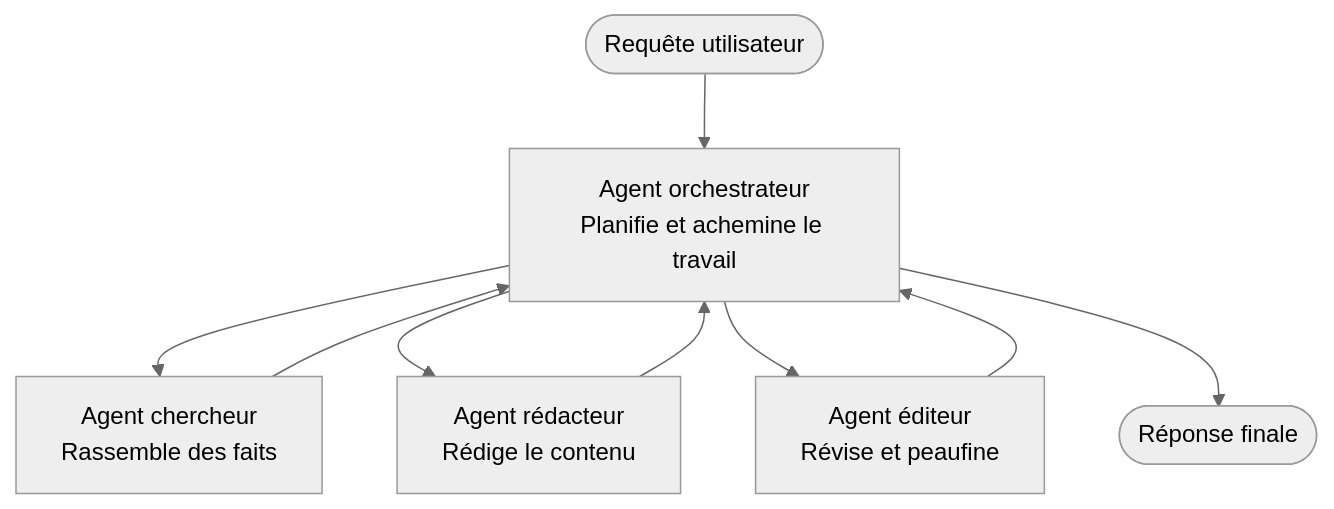
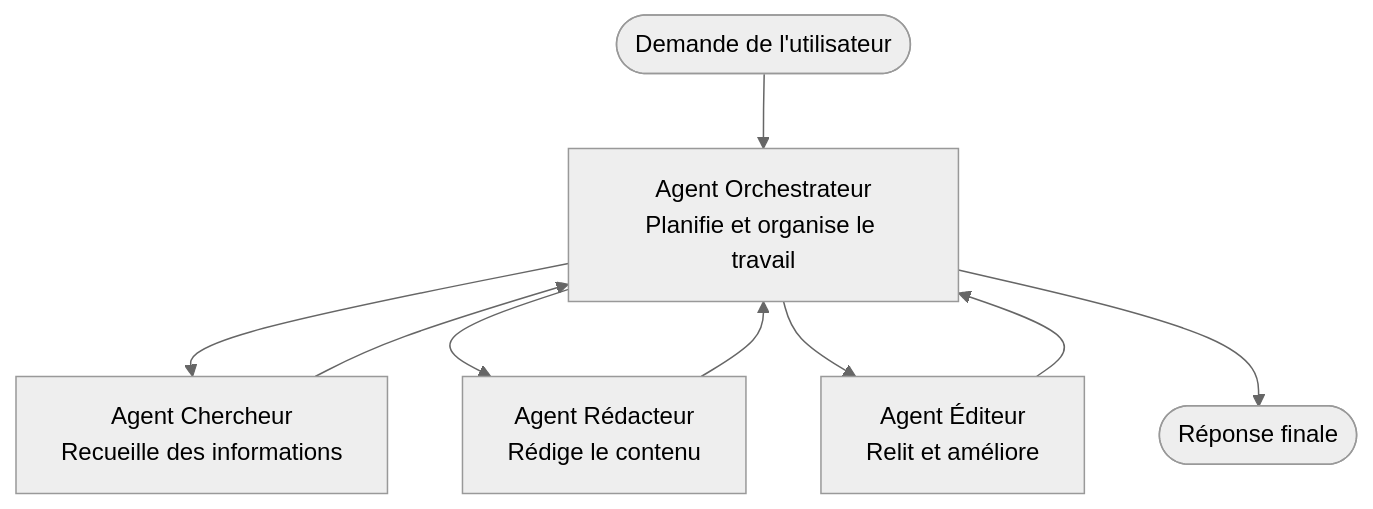
The diagram in translations/fr/docs/chapter-05-multi-agent/multi-agent-basics.md (microsoft/AZD-for-beginners), drawn with Mermaid (neutral theme) before and after one commit. The commit also changed other lines of this file and 61 other files, not shown here.

````diff
--- a/translations/fr/docs/chapter-05-multi-agent/multi-agent-basics.md
+++ b/translations/fr/docs/chapter-05-multi-agent/multi-agent-basics.md
@@ -43,11 +43,11 @@
 ```mermaid
 graph TD
-    User([Requête utilisateur]) --> Orchestrator[Agent orchestrateur<br/>Planifie et achemine le travail]
-    Orchestrator --> Researcher[Agent chercheur<br/>Rassemble des faits]
-    Orchestrator --> Writer[Agent rédacteur<br/>Rédige le contenu]
-    Orchestrator --> Editor[Agent éditeur<br/>Révise et peaufine]
+    User([Demande de l'utilisateur]) --> Orchestrator[Agent Orchestrateur<br/>Planifie et organise le travail]
+    Orchestrator --> Researcher[Agent Chercheur<br/>Recueille des informations]
+    Orchestrator --> Writer[Agent Rédacteur<br/>Rédige le contenu]
+    Orchestrator --> Editor[Agent Éditeur<br/>Relit et améliore]
     Researcher --> Orchestrator
     Writer --> Orchestrator
     Editor --> Orchestrator
     Orchestrator --> Result([Réponse finale])
 ```
````
